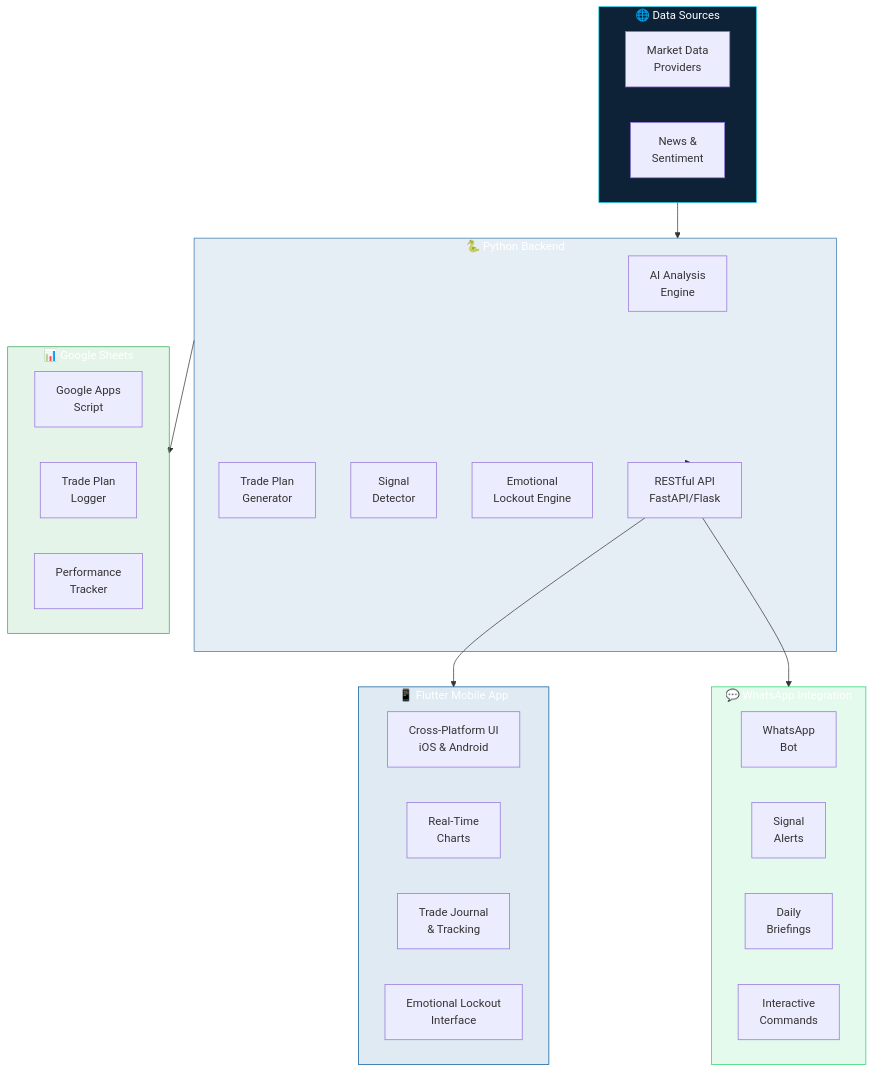
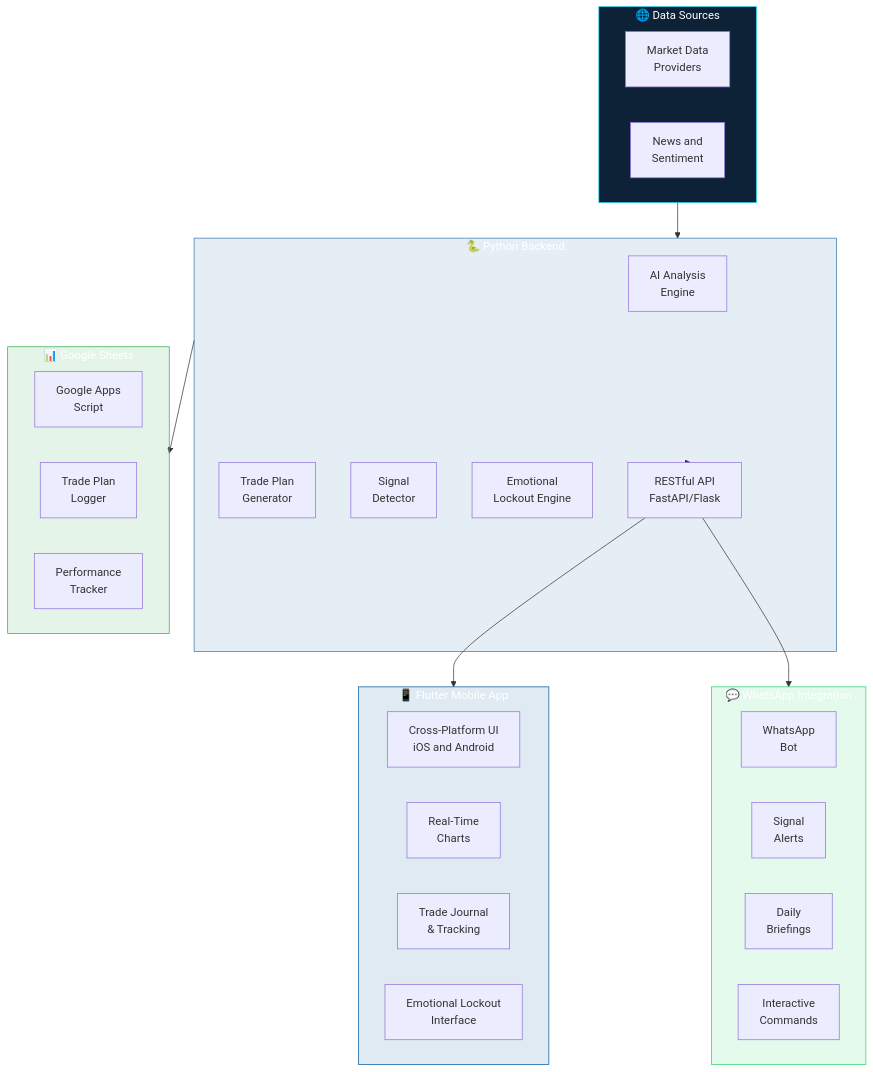
The first of 4 diagrams in README.md (mulkymalikuldhrs/Trading-Plan-AI-Interactive), drawn with Mermaid before and after one commit. The commit also changed other lines of this file and 1 other file, not shown here.

Commit message:
🎨 Upgrade: banner image + fixed Mermaid + animations + flow diagrams

````diff
--- a/README.md
+++ b/README.md
@@ -67,47 +73,47 @@
 ```mermaid
 graph TB
     subgraph MOBILE["📱 Flutter Mobile App"]
-        UI["Cross-Platform UI<br/>iOS & Android"]
+        UI["Cross-Platform UI<br/>iOS and Android"]
         CHARTS2["Real-Time<br/>Charts"]
         JOURNAL["Trade Journal<br/>& Tracking"]
         LOCKOUT_UI["Emotional Lockout<br/>Interface"]
     end
 
     subgraph BACKEND2["🐍 Python Backend"]
         ANALYSIS["AI Analysis<br/>Engine"]
         PLANNER["Trade Plan<br/>Generator"]
         SIGNAL_GEN2["Signal<br/>Detector"]
         EMOTION["Emotional<br/>Lockout Engine"]
         REST["RESTful API<br/>FastAPI/Flask"]
     end
 
     subgraph WHATSAPP["💬 WhatsApp Integration"]
         WA_BOT["WhatsApp<br/>Bot"]
         WA_ALERTS["Signal<br/>Alerts"]
         WA_BRIEF["Daily<br/>Briefings"]
         WA_CMD["Interactive<br/>Commands"]
     end
 
     subgraph SHEETS["📊 Google Sheets"]
         GAS["Google Apps<br/>Script"]
         PLAN_LOG["Trade Plan<br/>Logger"]
         PERF["Performance<br/>Tracker"]
     end
 
     subgraph DATA_SRC["🌐 Data Sources"]
         MARKET["Market Data<br/>Providers"]
-        NEWS3["News &<br/>Sentiment"]
+        NEWS3["News and<br/>Sentiment"]
     end
 
     DATA_SRC --> BACKEND2
     BACKEND2 --> REST
     REST --> MOBILE
     REST --> WHATSAPP
     BACKEND2 --> SHEETS
 
     style MOBILE fill:#02569B20,stroke:#02569B,color:#fff
     style BACKEND2 fill:#3776AB20,stroke:#3776AB,color:#fff
     style WHATSAPP fill:#25D36620,stroke:#25D366,color:#fff
     style SHEETS fill:#34A85320,stroke:#34A853,color:#fff
     style DATA_SRC fill:#0d2137,stroke:#22d3ee,color:#fff
 ```
````
